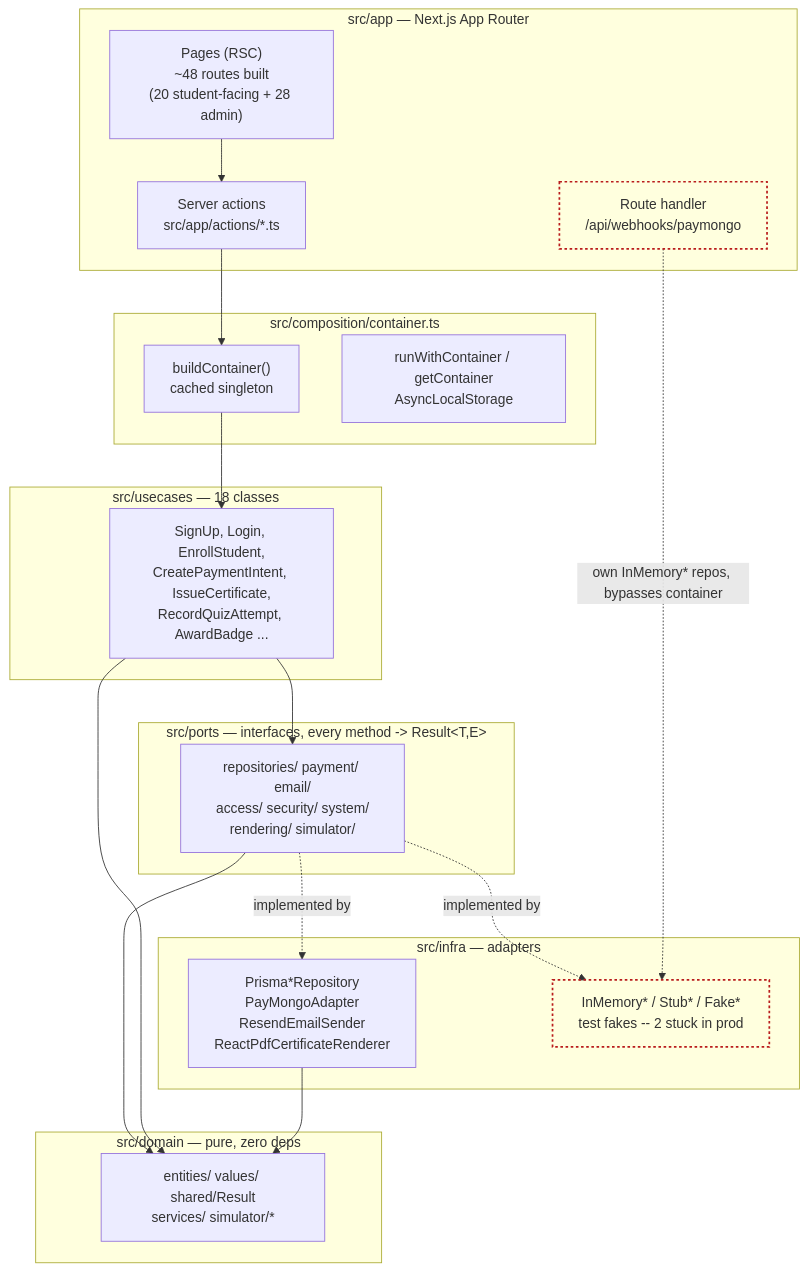
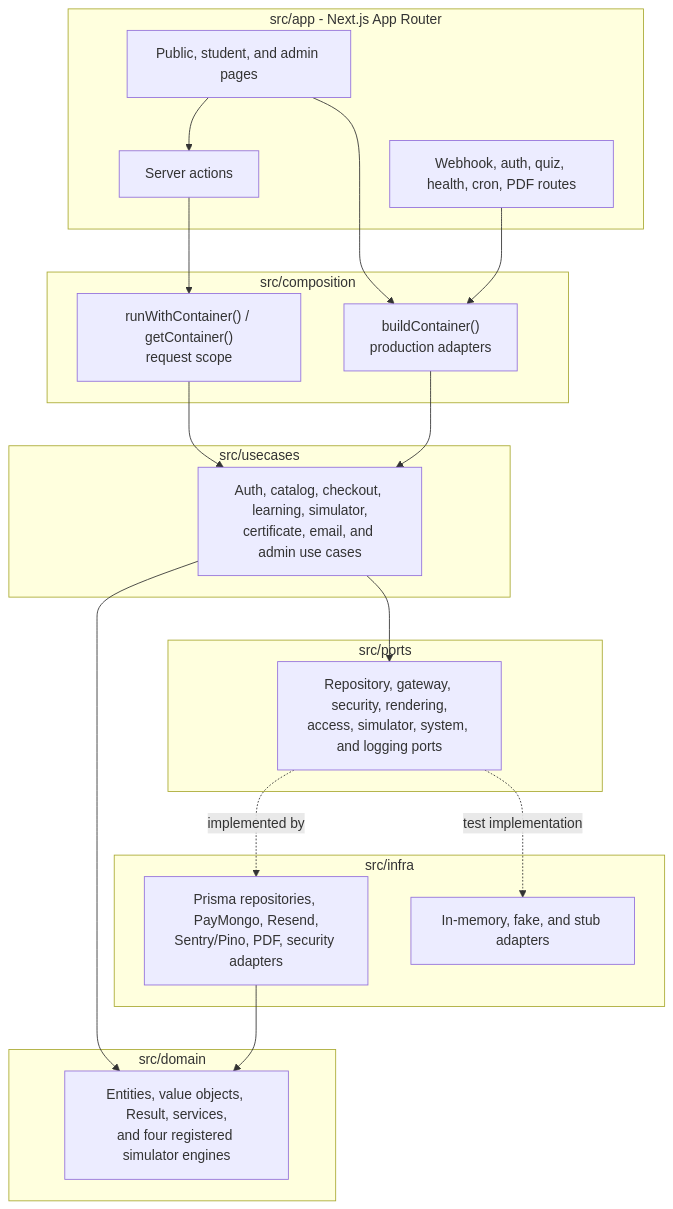
The diagram in docs/architecture/01-layer-wiring.md (projectamazonph/amph-v2-greenfield), drawn with Mermaid before and after one commit. The commit also changed other lines of this file and 20 other files, not shown here.

````diff
--- a/docs/architecture/01-layer-wiring.md
+++ b/docs/architecture/01-layer-wiring.md
@@ -5,40 +8,41 @@
 ```mermaid
 flowchart TB
-  subgraph APP["src/app — Next.js App Router"]
-    PAGES["Pages (RSC)\n~48 routes built\n(20 student-facing + 28 admin)"]
-    ACTIONS["Server actions\nsrc/app/actions/*.ts"]
-    WEBHOOK["Route handler\n/api/webhooks/paymongo"]
+  subgraph APP["src/app - Next.js App Router"]
+    PAGES["Public, student, and admin pages"]
+    ACTIONS["Server actions"]
+    ROUTES["Webhook, auth, quiz, health, cron, PDF routes"]
   end
 
-  subgraph COMPOSITION["src/composition/container.ts"]
-    BUILD["buildContainer()\ncached singleton"]
-    SCOPE["runWithContainer / getContainer\nAsyncLocalStorage"]
+  subgraph COMPOSITION["src/composition"]
+    CONTAINER["buildContainer()\nproduction adapters"]
+    SCOPE["runWithContainer() / getContainer()\nrequest scope"]
   end
 
-  subgraph USECASES["src/usecases — 18 classes"]
-    UC["SignUp, Login, EnrollStudent,\nCreatePaymentIntent, IssueCertificate,\nRecordQuizAttempt, AwardBadge ..."]
+  subgraph USECASES["src/usecases"]
+    UC["Auth, catalog, checkout, learning, simulator,\ncertificate, email, and admin use cases"]
   end
 
-  subgraph PORTS["src/ports — interfaces, every method -> Result&lt;T,E&gt;"]
-    PT["repositories/ payment/ email/\naccess/ security/ system/\nrendering/ simulator/"]
+  subgraph PORTS["src/ports"]
+    PORT["Repository, gateway, security, rendering,\naccess, simulator, system, and logging ports"]
   end
 
-  subgraph INFRA["src/infra — adapters"]
-    REAL["Prisma*Repository\nPayMongoAdapter\nResendEmailSender\nReactPdfCertificateRenderer"]
-    FAKE["InMemory* / Stub* / Fake*\ntest fakes -- 2 stuck in prod"]
+  subgraph DOMAIN["src/domain"]
+    RULES["Entities, value objects, Result, services,\nand four registered simulator engines"]
   end
 
-  subgraph DOMAIN["src/domain — pure, zero deps"]
-    DM["entities/ values/ shared/Result\nservices/ simulator/*"]
+  subgraph INFRA["src/infra"]
+    PROD["Prisma repositories, PayMongo, Resend,\nSentry/Pino, PDF, security adapters"]
+    TEST["In-memory, fake, and stub adapters"]
   end
 
-  PAGES --> ACTIONS --> BUILD --> UC
-  UC --> PT --> DM
-  UC --> DM
-  PT -.implemented by.-> REAL --> DM
-  PT -.implemented by.-> FAKE
-  WEBHOOK -. own InMemory* repos, bypasses container .-> FAKE
-
-  classDef gap stroke:#B91C1C,stroke-width:2px,fill:none,stroke-dasharray: 3 3;
-  class WEBHOOK,FAKE gap
+  PAGES --> ACTIONS
+  PAGES --> CONTAINER
+  ROUTES --> CONTAINER
+  ACTIONS --> SCOPE --> UC
+  CONTAINER --> UC
+  UC --> PORT
+  UC --> RULES
+  PORT -. implemented by .-> PROD
+  PORT -. test implementation .-> TEST
+  PROD --> RULES
 ```
````
